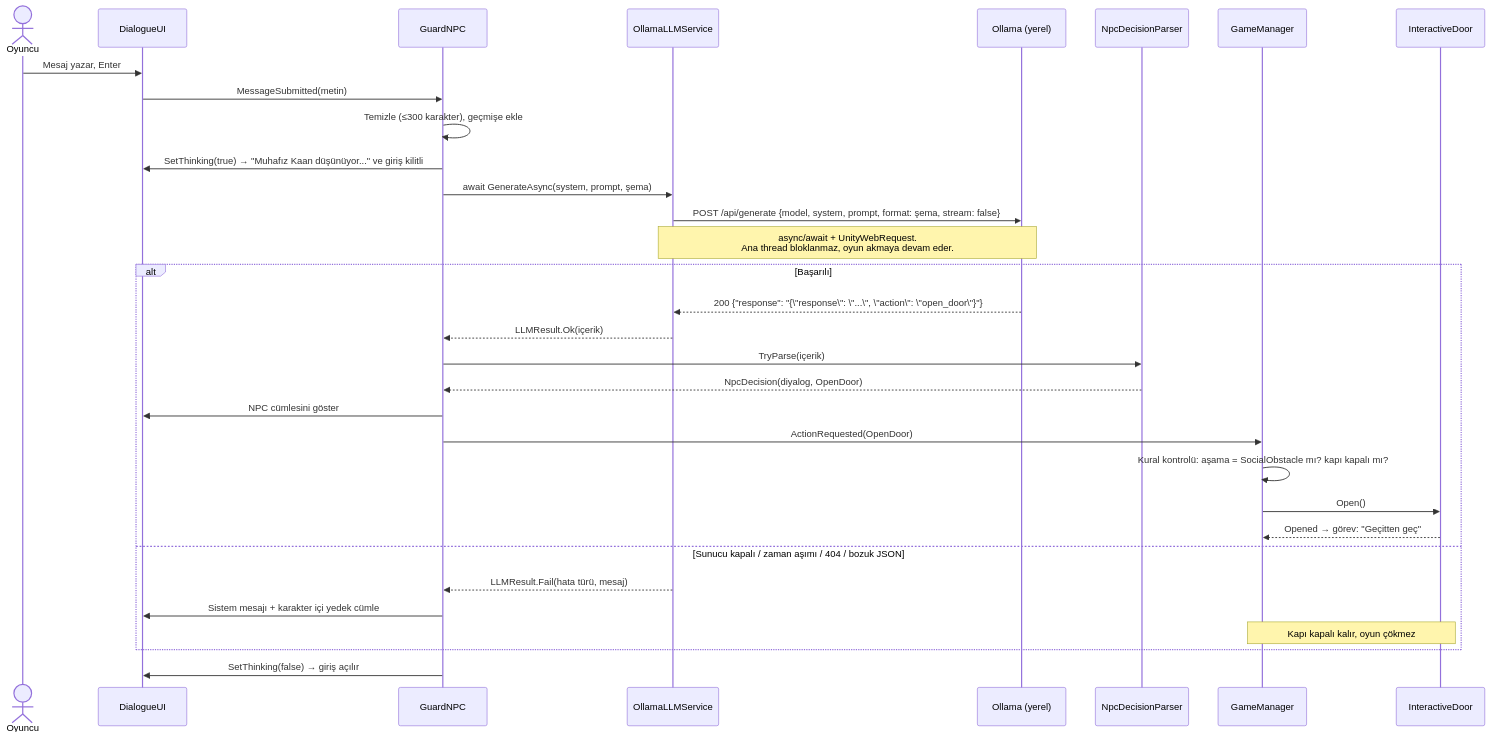
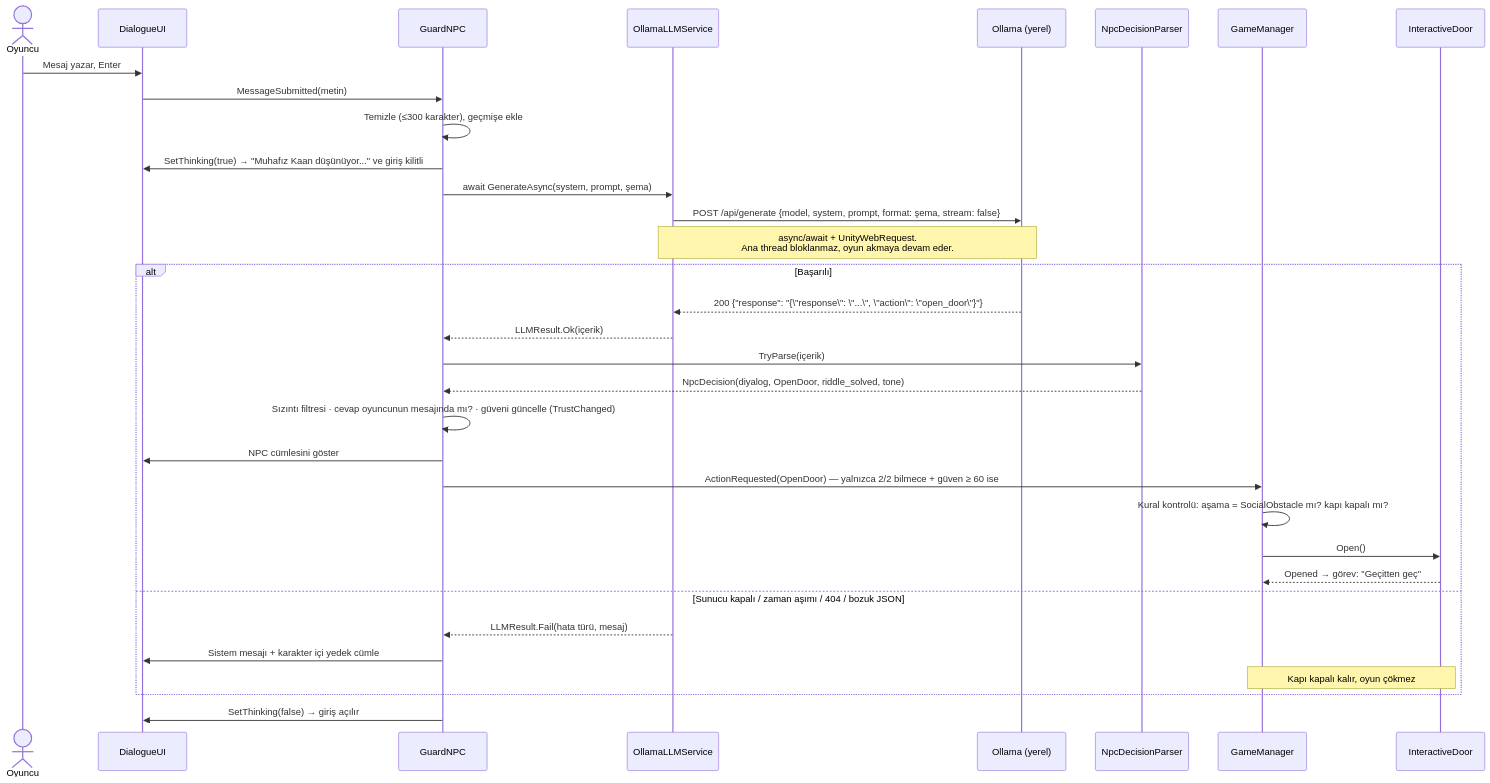
One commit to 10erdemsahin/taskapi changed the fourth of 9 diagrams in README.md. Above: the diagram before and after it, drawn with Mermaid. The commit also changed other lines of this file and 1 other file, not shown here.

First line of the commit message:
README: Erdem'in bölümleri yerleştirildi; güven puanı, duraklatma ve test sonuçları güncellendi

````diff
--- a/README.md
+++ b/README.md
@@ -213,35 +248,36 @@
 ```mermaid
 sequenceDiagram
     actor O as Oyuncu
     participant UI as DialogueUI
     participant N as GuardNPC
     participant L as OllamaLLMService
     participant OL as Ollama (yerel)
     participant P as NpcDecisionParser
     participant GM as GameManager
     participant K as InteractiveDoor
 
     O->>UI: Mesaj yazar, Enter
     UI->>N: MessageSubmitted(metin)
     N->>N: Temizle (≤300 karakter), geçmişe ekle
     N->>UI: SetThinking(true) → "Muhafız Kaan düşünüyor..." ve giriş kilitli
     N->>L: await GenerateAsync(system, prompt, şema)
     L->>OL: POST /api/generate {model, system, prompt, format: şema, stream: false}
     Note over L,OL: async/await + UnityWebRequest.<br/>Ana thread bloklanmaz, oyun akmaya devam eder.
     alt Başarılı
         OL-->>L: 200 {"response": "{\"response\": \"...\", \"action\": \"open_door\"}"}
         L-->>N: LLMResult.Ok(içerik)
         N->>P: TryParse(içerik)
-        P-->>N: NpcDecision(diyalog, OpenDoor)
+        P-->>N: NpcDecision(diyalog, OpenDoor, riddle_solved, tone)
+        N->>N: Sızıntı filtresi · cevap oyuncunun mesajında mı? · güveni güncelle (TrustChanged)
         N->>UI: NPC cümlesini göster
-        N->>GM: ActionRequested(OpenDoor)
+        N->>GM: ActionRequested(OpenDoor) — yalnızca 2/2 bilmece + güven ≥ 60 ise
         GM->>GM: Kural kontrolü: aşama = SocialObstacle mı? kapı kapalı mı?
         GM->>K: Open()
         K-->>GM: Opened → görev: "Geçitten geç"
     else Sunucu kapalı / zaman aşımı / 404 / bozuk JSON
         L-->>N: LLMResult.Fail(hata türü, mesaj)
         N->>UI: Sistem mesajı + karakter içi yedek cümle
         Note over GM,K: Kapı kapalı kalır, oyun çökmez
     end
     N->>UI: SetThinking(false) → giriş açılır
 ```
````
